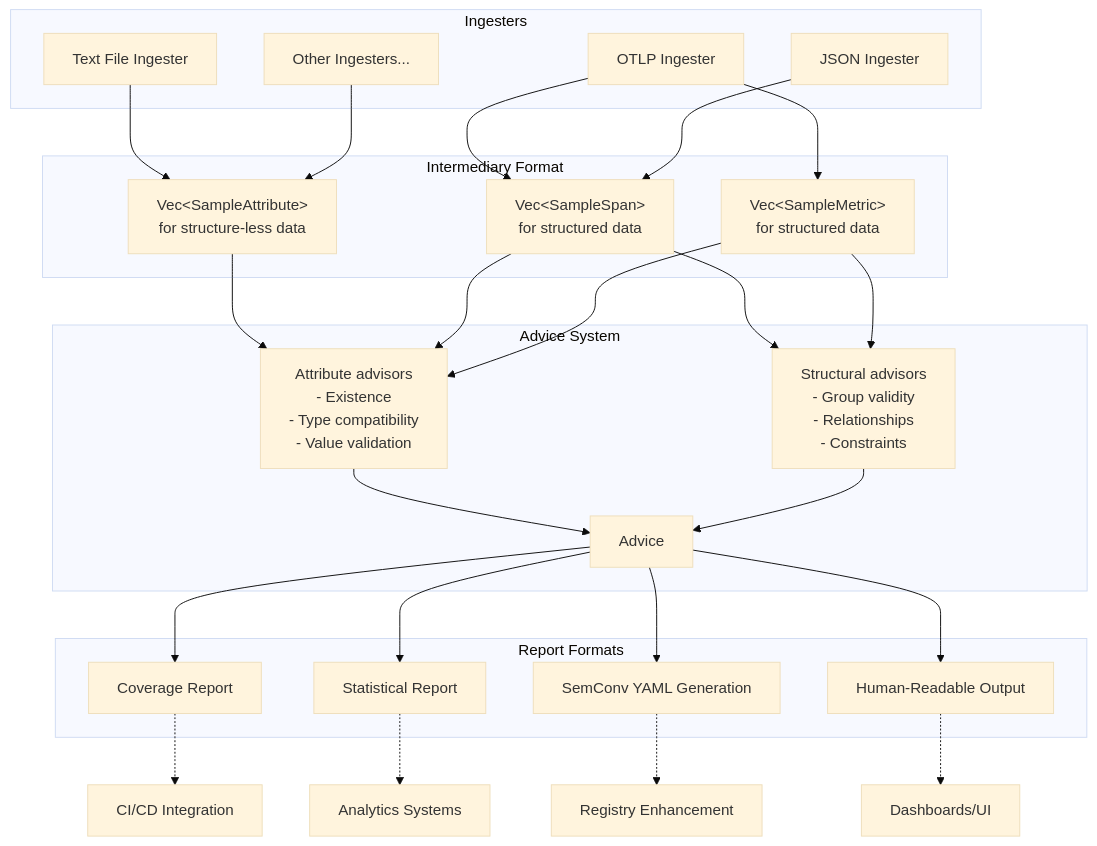
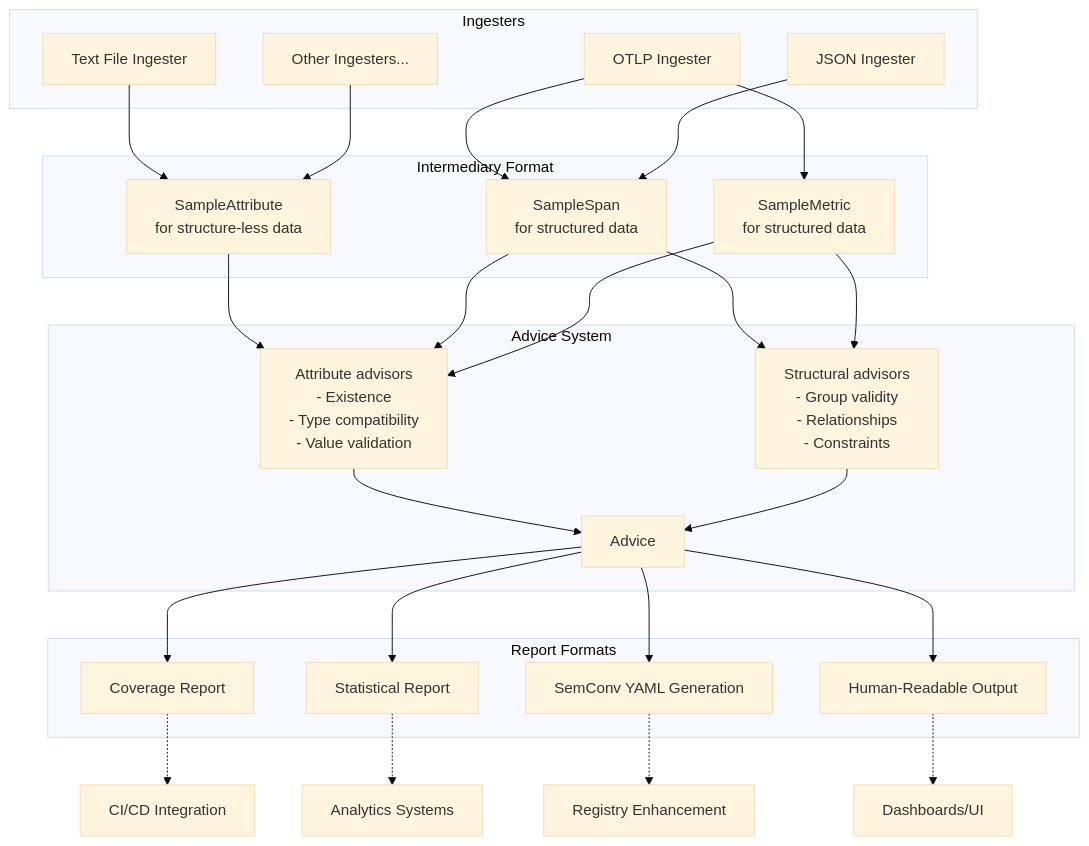
One commit to open-telemetry/weaver changed the diagram in crates/weaver_health/README.md. Above: the diagram before and after it, drawn with Mermaid (base theme). The commit also changed other lines of this file, not shown here.

Commit message:
docs: update README for attribute types and usage examples; clarify streaming output behavior

````diff
--- a/crates/weaver_health/README.md
+++ b/crates/weaver_health/README.md
@@ -7,62 +7,62 @@
 ```mermaid
 flowchart TD
     subgraph Ingesters
         OTLP[OTLP Ingester]
         TextFile[Text File Ingester]
         JSON[JSON Ingester]
         Other[Other Ingesters...]
     end
     
     subgraph "Intermediary Format"
-        VecAttr["Vec&lt;SampleAttribute>
+        Attr["SampleAttribute
         for structure-less data"]
-        SpanGroup["Vec&lt;SampleSpan>
+        SpanGroup["SampleSpan
         for structured data"]
-        MetricGroup["Vec&lt;SampleMetric>
+        MetricGroup["SampleMetric
         for structured data"]
     end
     
     subgraph "Advice System"
         AttrChecks[Attribute advisors
         - Existence
         - Type compatibility
         - Value validation]
         StructChecks[Structural advisors
         - Group validity
         - Relationships
         - Constraints]
         Results[Advice]
     end
     
     subgraph "Report Formats"
         CoverageRep[Coverage Report]
         StatsRep[Statistical Report]
         YamlGen[SemConv YAML Generation]
         HumanRep[Human-Readable Output]
     end
     
     OTLP --> SpanGroup
     OTLP --> MetricGroup
-    TextFile --> VecAttr
+    TextFile --> Attr
     JSON --> SpanGroup
-    Other --> VecAttr
+    Other --> Attr
     
-    VecAttr --> AttrChecks
+    Attr --> AttrChecks
     SpanGroup --> AttrChecks
     SpanGroup --> StructChecks
     MetricGroup --> AttrChecks
     MetricGroup --> StructChecks
     
     AttrChecks --> Results
     StructChecks --> Results
     
     Results --> CoverageRep
     Results --> StatsRep
     Results --> YamlGen
     Results --> HumanRep
     
     CoverageRep -.-> CI[CI/CD Integration]
     StatsRep -.-> Analytics[Analytics Systems]
     YamlGen -.-> Registry[Registry Enhancement]
     HumanRep -.-> UI[Dashboards/UI]
 ```
````
